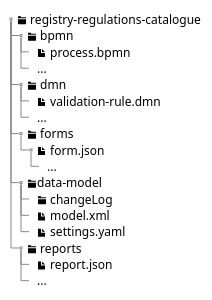
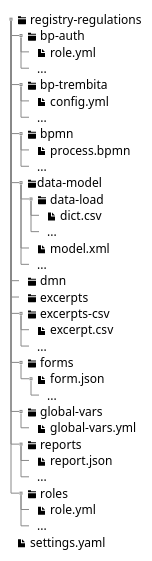
Before and after one commit to epam/edp-ddm-architecture: the first of 4 diagrams in modules/registry-develop/pages/registry-admin/regulations-deploy/registry-regulations-deployment-model.adoc, drawn with PlantUML. The commit also changed other lines of this file and 16 other files, not shown here.

Commit message:
[MDTUDDM-12711] Created auto-validation doc, fixed registry-admin structure, updated regulations schema

```diff
--- a/modules/registry-develop/pages/registry-admin/regulations-deploy/registry-regulations-deployment-model.adoc
+++ b/modules/registry-develop/pages/registry-admin/regulations-deploy/registry-regulations-deployment-model.adoc
@@ -11,31 +18,55 @@
 [plantuml]
 ----
 @startsalt
 {
 {T
-+ <&folder> registry-regulations-catalogue
++ <&folder> registry-regulations
+
+++ <&folder> bp-auth
++++ <&file> role.yml
++++ ...
+
+++ <&folder> bp-trembita
++++ <&file> config.yml
++++ ...
 
 ++ <&folder> bpmn
 +++ <&file> process.bpmn
 +++ ...
 
+++ <&folder>data-model
++++ <&folder> data-load
+++++ <&file> dict.csv
+++++ ...
++++ <&file> model.xml
++++ ...
+
 ++ <&folder> dmn
-+++ <&file> validation-rule.dmn
+
+++ <&folder> excerpts
+
+++ <&folder> excerpts-csv
++++ <&file> excerpt.csv
 +++ ...
 
 ++ <&folder> forms
 +++ <&file> form.json
 ++++ ...
 
-++ <&folder>data-model
-+++ <&folder> changeLog
-+++ <&file> model.xml
-+++ <&file> settings.yaml
+++ <&folder> global-vars
++++ <&file> global-vars.yml
 
 ++ <&folder> reports
 +++ <&file> report.json
 +++ ...
+
+++ <&folder> roles
++++ <&file> role.yml
++++ ...
+
++ <&file> settings.yaml
+
 }
 }
 @endsalt
 ----
```
